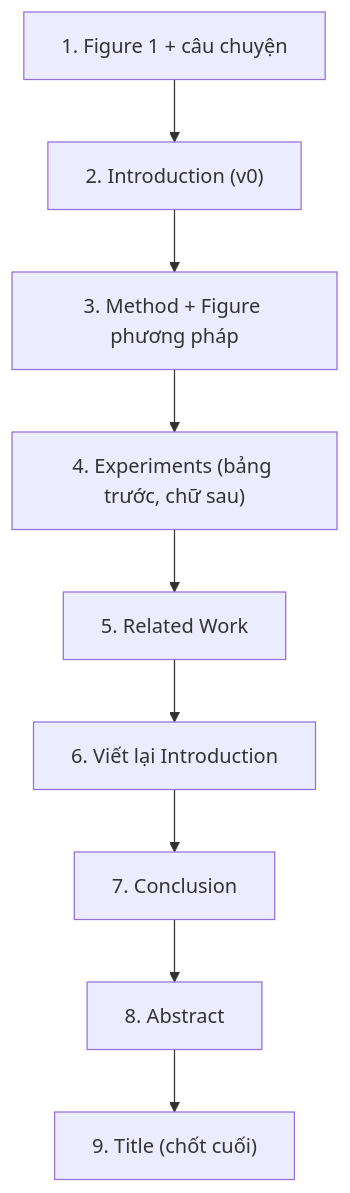
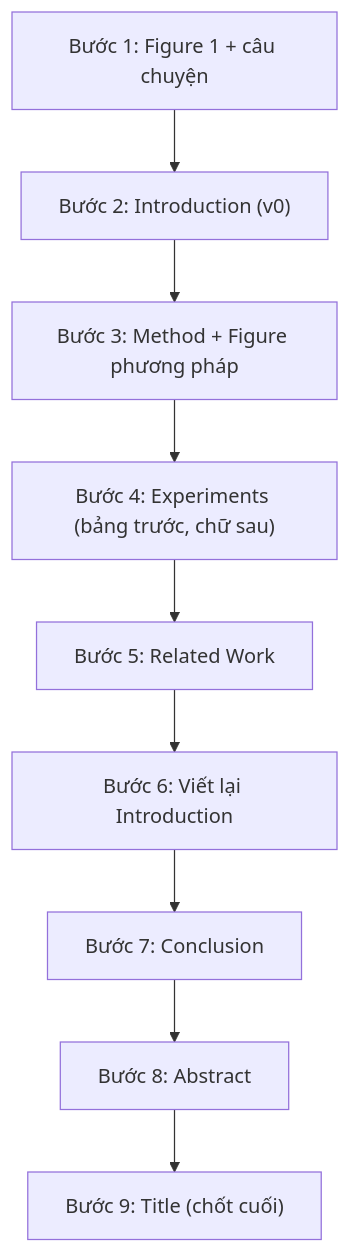
Before and after one commit to tuandung222/How-to-write-Astar-Paper: the diagram in docs/02-viet-tung-phan/index.md, drawn with Mermaid. The commit also changed 11 other files, not shown here.

````diff
--- a/docs/02-viet-tung-phan/index.md
+++ b/docs/02-viet-tung-phan/index.md
@@ -20,11 +20,11 @@
 ```mermaid
 flowchart TD
-  A["1. Figure 1 + câu chuyện"] --> B["2. Introduction (v0)"]
-  B --> C["3. Method + Figure phương pháp"]
-  C --> D["4. Experiments (bảng trước, chữ sau)"]
-  D --> E["5. Related Work"]
-  E --> F["6. Viết lại Introduction"]
-  F --> G["7. Conclusion"]
-  G --> H["8. Abstract"]
-  H --> I["9. Title (chốt cuối)"]
+  A["Bước 1: Figure 1 + câu chuyện"] --> B["Bước 2: Introduction (v0)"]
+  B --> C["Bước 3: Method + Figure phương pháp"]
+  C --> D["Bước 4: Experiments (bảng trước, chữ sau)"]
+  D --> E["Bước 5: Related Work"]
+  E --> F["Bước 6: Viết lại Introduction"]
+  F --> G["Bước 7: Conclusion"]
+  G --> H["Bước 8: Abstract"]
+  H --> I["Bước 9: Title (chốt cuối)"]
 ```
````
